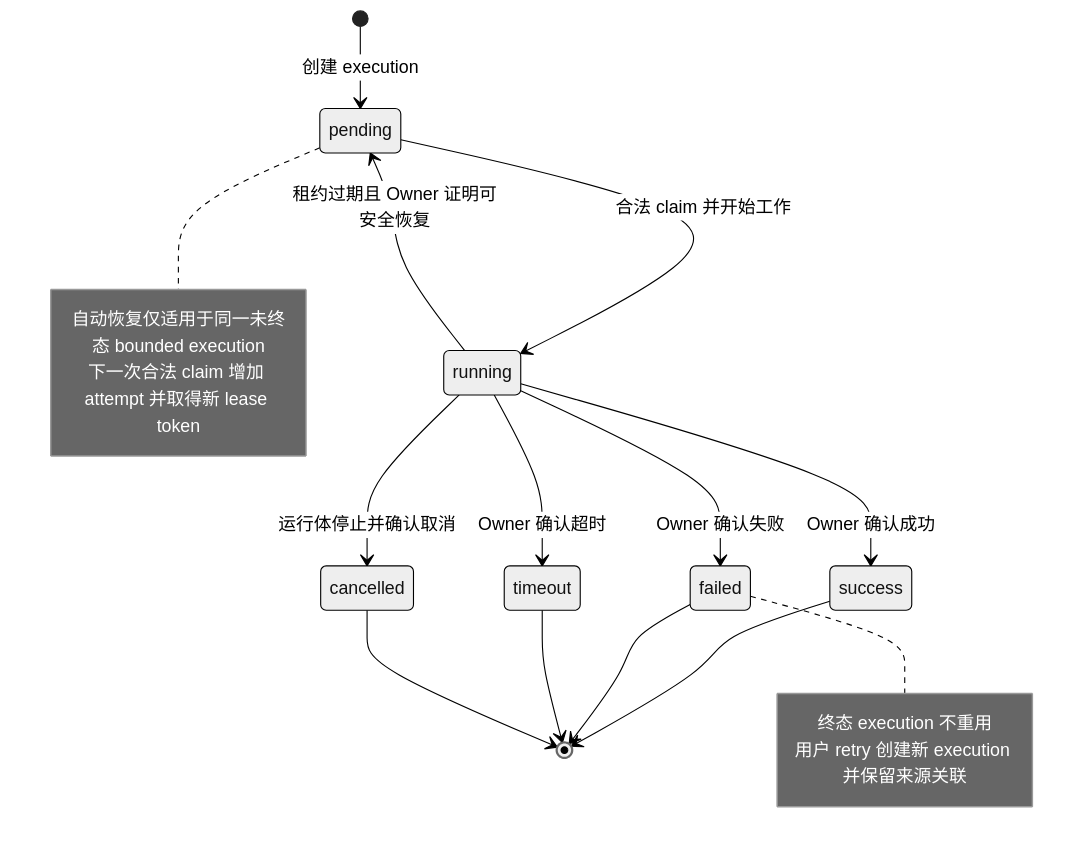
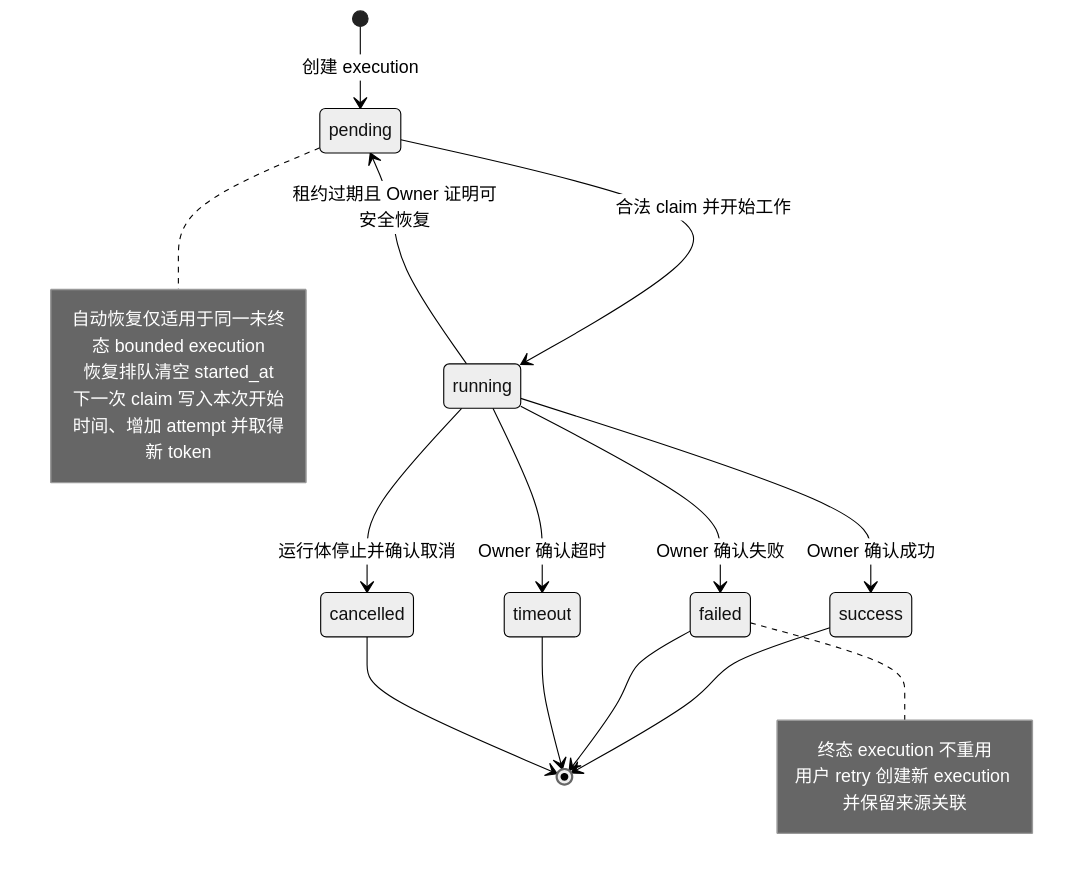
One commit to pampa0629/addp changed the diagram in docs/concepts/monitoring/执行状态与任务类型.md. Above: the diagram before and after it, drawn with Mermaid (neutral theme). The commit also changed other lines of this file and 4 other files, not shown here.

Commit message:
docs(execution): define started_at as current attempt start time

````diff
--- a/docs/concepts/monitoring/执行状态与任务类型.md
+++ b/docs/concepts/monitoring/执行状态与任务类型.md
@@ -9,25 +9,26 @@
 ```mermaid
 stateDiagram-v2
     [*] --> pending: 创建 execution
     pending --> running: 合法 claim 并开始工作
     running --> pending: 租约过期且 Owner 证明可安全恢复
     running --> success: Owner 确认成功
     running --> failed: Owner 确认失败
     running --> timeout: Owner 确认超时
     running --> cancelled: 运行体停止并确认取消
 
     success --> [*]
     failed --> [*]
     timeout --> [*]
     cancelled --> [*]
 
     note right of pending
         自动恢复仅适用于同一未终态 bounded execution
-        下一次合法 claim 增加 attempt 并取得新 lease token
+        恢复排队清空 started_at
+        下一次 claim 写入本次开始时间、增加 attempt 并取得新 token
     end note
 
     note right of failed
         终态 execution 不重用
         用户 retry 创建新 execution 并保留来源关联
     end note
 ```
````
